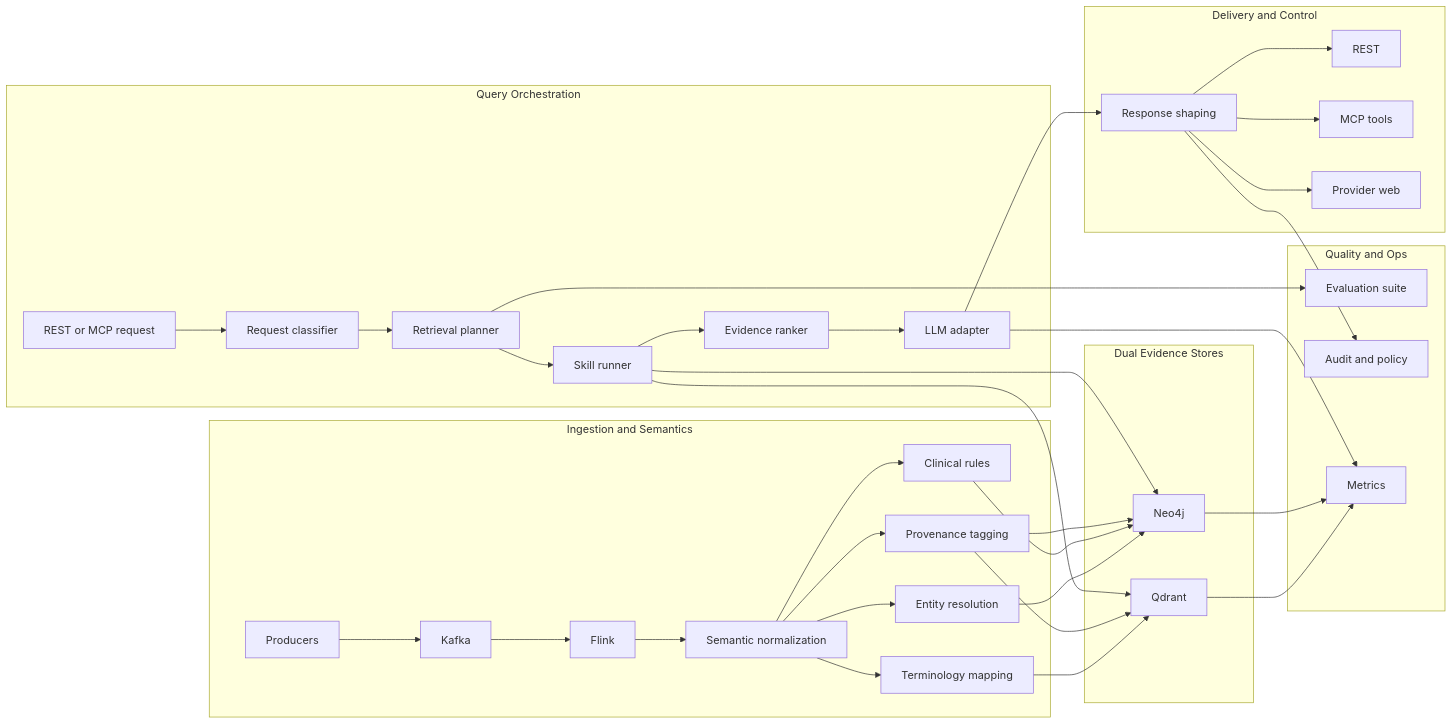
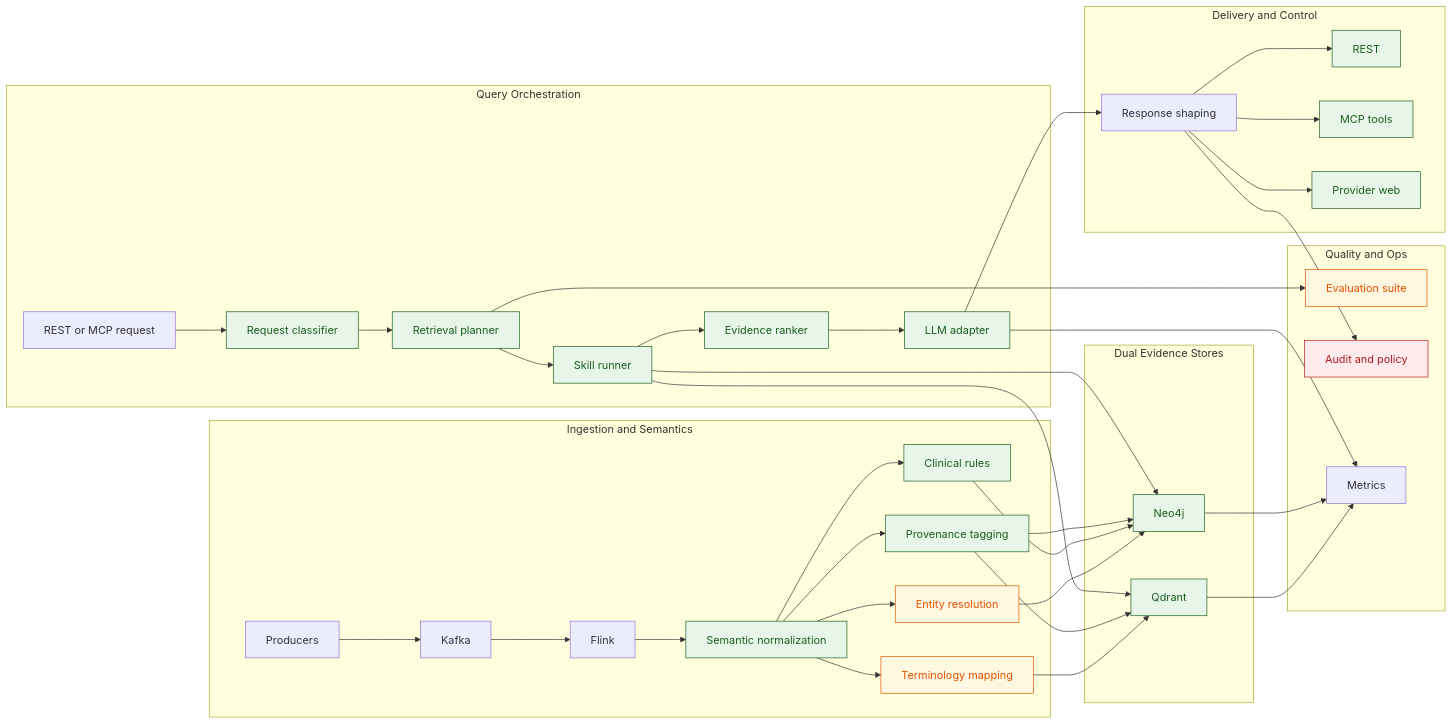
Before and after one commit to wchen-dea/Agentic-AI-Healthcare-GraphRAG: the diagram in docs/target_architecture.md, drawn with Mermaid. The commit also changed 2 other files, not shown here.

Commit message:
ontology & skills

````diff
--- a/docs/target_architecture.md
+++ b/docs/target_architecture.md
@@ -98,45 +98,53 @@
 ```mermaid
 flowchart LR
   subgraph Ingestion[Ingestion and Semantics]
     P[Producers] --> K[Kafka]
     K --> F[Flink]
     F --> NORM[Semantic normalization]
     NORM --> TERM[Terminology mapping]
     NORM --> ER[Entity resolution]
     NORM --> RULES[Clinical rules]
     NORM --> PROV[Provenance tagging]
   end
 
   subgraph Stores[Dual Evidence Stores]
     TERM --> Q[Qdrant]
     ER --> G[Neo4j]
     RULES --> G
     PROV --> Q
     PROV --> G
   end
 
   subgraph Query[Query Orchestration]
     API[REST or MCP request] --> CLS[Request classifier]
     CLS --> PLAN[Retrieval planner]
     PLAN --> SK[Skill runner]
     SK --> Q
     SK --> G
     SK --> RANK[Evidence ranker]
     RANK --> LLM[LLM adapter]
   end
 
   subgraph Delivery[Delivery and Control]
     LLM --> RESP[Response shaping]
     RESP --> REST[REST]
     RESP --> MCP[MCP tools]
     RESP --> UI[Provider web]
   end
 
   subgraph Ops[Quality and Ops]
     PLAN --> QA[Evaluation suite]
     RESP --> AUDIT[Audit and policy]
     Q --> MET[Metrics]
     G --> MET
     LLM --> MET
   end
+
+   classDef done fill:#e8f5e9,stroke:#1b5e20,stroke-width:1px,color:#1b5e20;
+   classDef progress fill:#fff8e1,stroke:#e65100,stroke-width:1px,color:#e65100;
+   classDef pending fill:#ffebee,stroke:#b71c1c,stroke-width:1px,color:#b71c1c;
+
+   class NORM,RULES,PROV,Q,G,CLS,PLAN,SK,RANK,LLM,REST,MCP,UI done;
+   class TERM,ER,QA progress;
+   class AUDIT pending;
 ```
````
